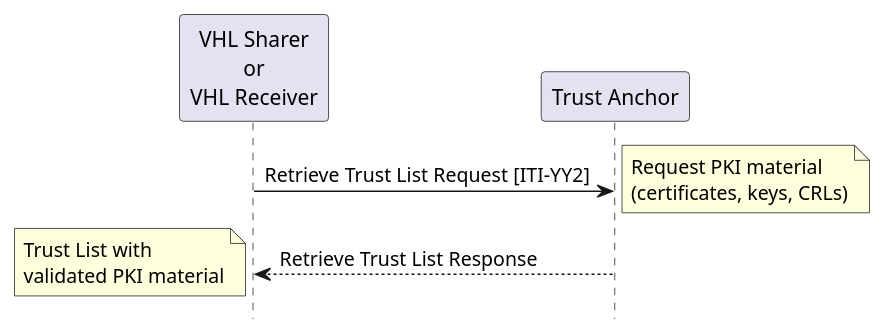
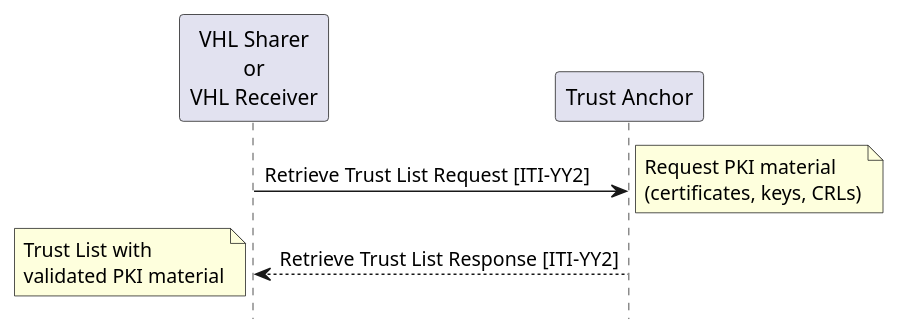
The diagram in input/images-source/ITI-YY2.plantuml (IHE/ITI.VHL), drawn with PlantUML before and after one commit. The commit also changed 5 other files, not shown here.

```diff
--- a/input/images-source/ITI-YY2.plantuml
+++ b/input/images-source/ITI-YY2.plantuml
@@ -1,20 +1,20 @@
 @startuml
 skinparam svgDimensionStyle false
 hide footbox
 
 participant "VHL Sharer\nor\nVHL Receiver" as Client
 participant "Trust Anchor" as TA
 
 Client -> TA: Retrieve Trust List Request [ITI-YY2]
 note right
   Request PKI material
   (certificates, keys, CRLs)
 end note
 
-TA --> Client: Retrieve Trust List Response
+TA --> Client: Retrieve Trust List Response [ITI-YY2]
 note left
   Trust List with
   validated PKI material
 end note
 
 @enduml
```
